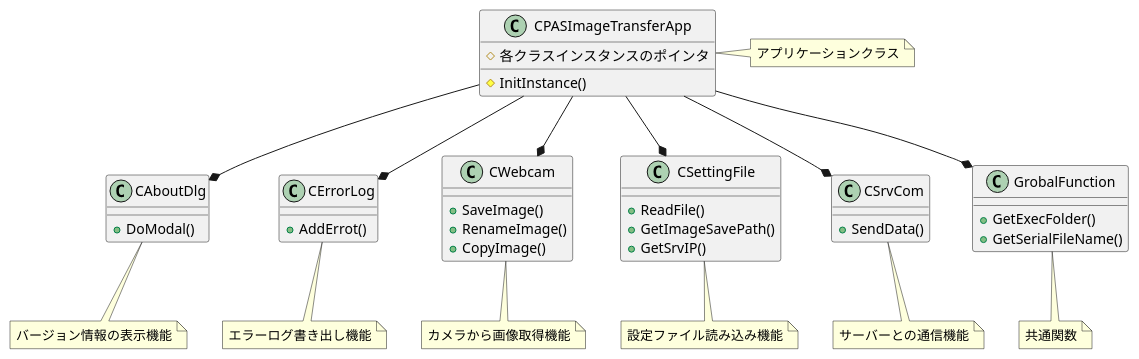
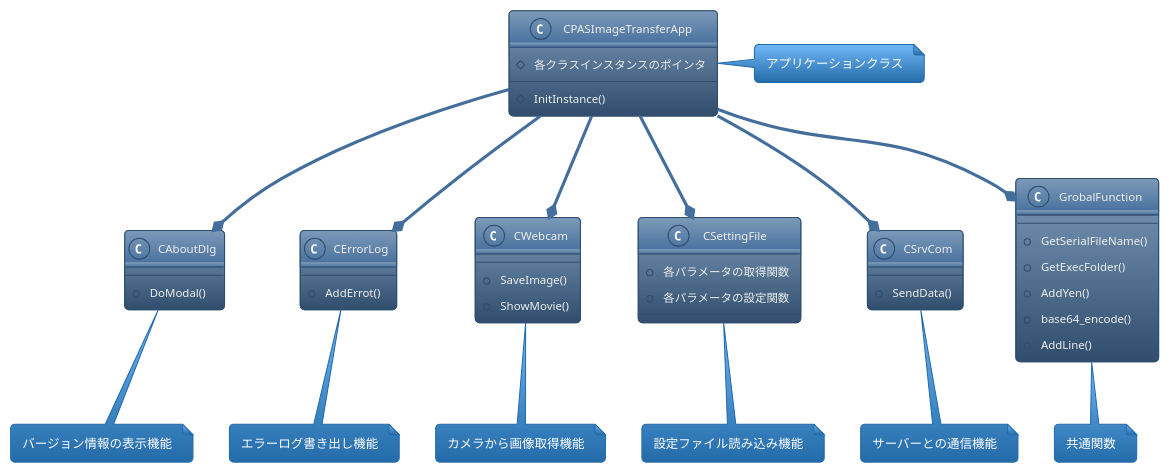
The diagram in PlantUML/PASImageTransfer_class.pu (yoshijss/Docs), drawn with PlantUML before and after one commit. The commit also changed 8 other files, not shown here.

```diff
--- a/PlantUML/PASImageTransfer_class.pu
+++ b/PlantUML/PASImageTransfer_class.pu
@@ -1,72 +1,73 @@
 @startuml PASImageTransferクラス図
-
+!theme spacelab
 class CPASImageTransferApp
 {
     #各クラスインスタンスのポインタ
     #InitInstance()
 }
 note right of CPASImageTransferApp
 アプリケーションクラス
 end note
 
 class CAboutDlg
 {
     +DoModal()
 }
 note bottom of CAboutDlg
 バージョン情報の表示機能
 end note
 
 class CErrorLog
 {
     +AddErrot()
 }
 note bottom of CErrorLog
 エラーログ書き出し機能
 end note
 
 class CWebcam
 {
     +SaveImage()
-    +RenameImage()
-    +CopyImage()
+    +ShowMovie()
 }
 note bottom of CWebcam
 カメラから画像取得機能
 end note
 
 class CSettingFile
 {
-    +ReadFile()
-    +GetImageSavePath()
-    +GetSrvIP()
+    +各パラメータの取得関数
+    +各パラメータの設定関数
 }
 note bottom of CSettingFile
 設定ファイル読み込み機能
 end note
 
 class CSrvCom
 {
     +SendData()
 }
 note bottom of CSrvCom
 サーバーとの通信機能
 end note
 
 class GrobalFunction
 {
+    +GetSerialFileName()
     +GetExecFolder()
-    +GetSerialFileName()
+    +AddYen()
+    +base64_encode()
+    +AddLine()
 }
 note bottom of GrobalFunction
 共通関数
 end note
 
 CPASImageTransferApp --* CWebcam
 CPASImageTransferApp --* CSettingFile
 CPASImageTransferApp --* CErrorLog
 CPASImageTransferApp --* CAboutDlg
 CPASImageTransferApp --* CSrvCom
 CPASImageTransferApp --* GrobalFunction
 
 @enduml
```
